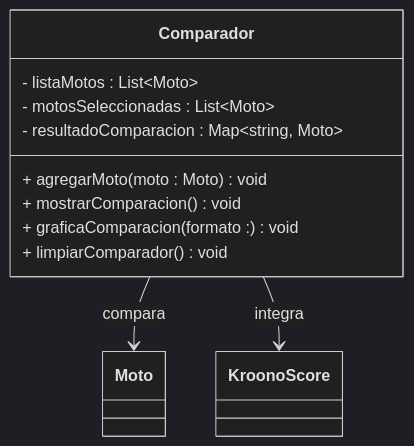
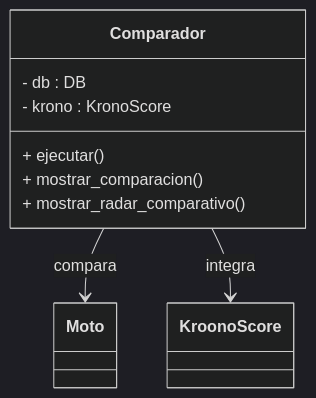
The sixth of 7 diagrams in README.md (NotName-K/proj_Lkvk), drawn with Mermaid (dark theme) before and after one commit. The commit also changed other lines of this file, not shown here.

````diff
--- a/README.md
+++ b/README.md
@@ -332,23 +364,21 @@
 ```mermaid
 classDiagram
     class Comparador {
-        - listaMotos : List~Moto~
-        - motosSeleccionadas : List~Moto~
-        - resultadoComparacion : Map~string, Moto~
-        + agregarMoto(moto : Moto) void
-        + mostrarComparacion() void
-        + graficaComparacion(formato : ) void
-        + limpiarComparador() void
+        - db : DB
+        - krono : KronoScore
+        + ejecutar()
+        + mostrar_comparacion()
+        + mostrar_radar_comparativo()
     }
 
     class Moto {
         %% Entidad principal
     }
 
     class KroonoScore {
         %% Sistema de scoring
     }
 
     Comparador --> Moto : compara
     Comparador --> KroonoScore : integra
 ```
````
